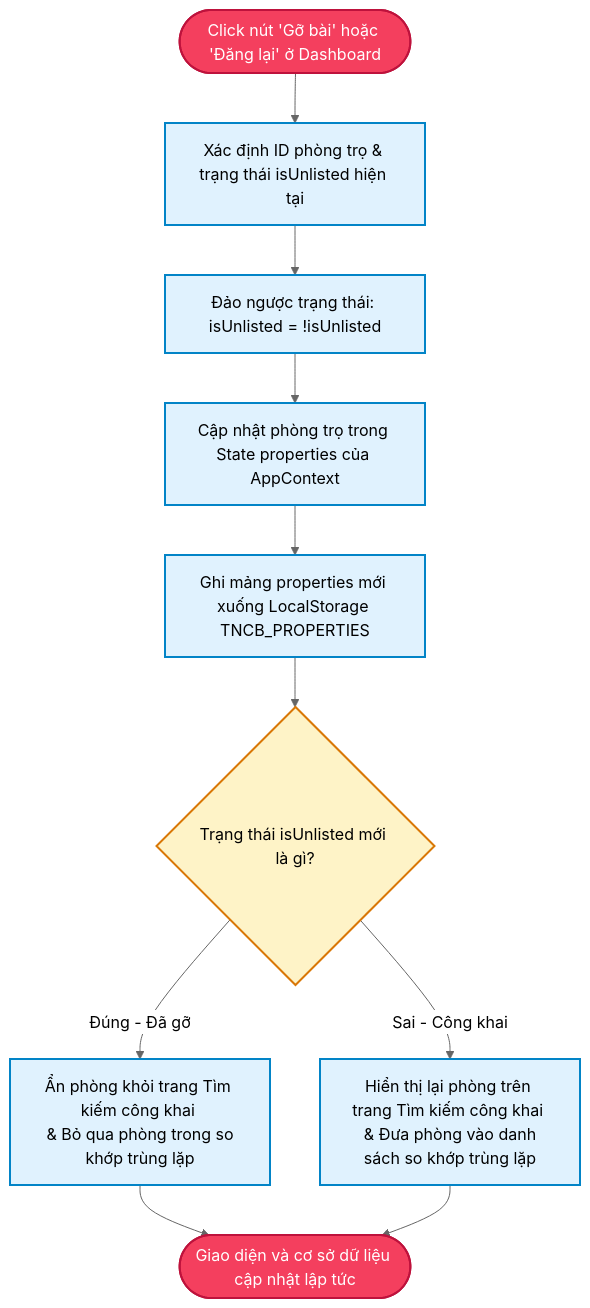
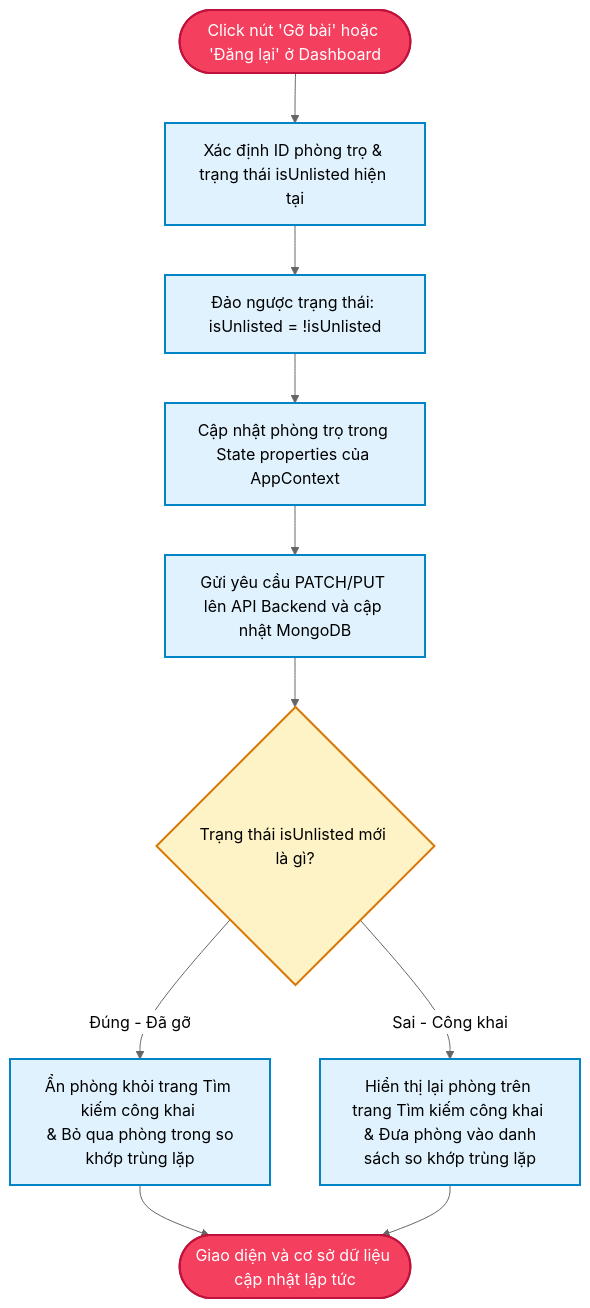
Before and after one commit to Spotlighterr/TNCB: the second of 5 diagrams in project_algorithms.md, drawn with Mermaid (neutral theme). The commit also changed other lines of this file and 3 other files, not shown here.

Commit message:
docs: update system architecture, algorithms, README, and deployment guide to document Google Sheets Sync and MongoDB integration

````diff
--- a/project_algorithms.md
+++ b/project_algorithms.md
@@ -68,31 +68,31 @@
 ```mermaid
 flowchart TD
     %% Styling
     classDef startEnd fill:#f43f5e,stroke:#be123c,stroke-width:2px,color:#fff;
     classDef process fill:#e0f2fe,stroke:#0284c7,stroke-width:2px;
     classDef decision fill:#fef3c7,stroke:#d97706,stroke-width:2px;
 
     %% Nodes
     Start([Click nút 'Gỡ bài' hoặc 'Đăng lại' ở Dashboard]):::startEnd
     GetProp[Xác định ID phòng trọ & trạng thái isUnlisted hiện tại]:::process
     ToggleUnlist[Đảo ngược trạng thái: isUnlisted = !isUnlisted]:::process
     UpdateContext[Cập nhật phòng trọ trong State properties của AppContext]:::process
-    WriteStorage[Ghi mảng properties mới xuống LocalStorage TNCB_PROPERTIES]:::process
+    WriteDB[Gửi yêu cầu PATCH/PUT lên API Backend và cập nhật MongoDB]:::process
     
     CheckUnlist{Trạng thái isUnlisted mới là gì?}:::decision
     HideProp[Ẩn phòng khỏi trang Tìm kiếm công khai <br> & Bỏ qua phòng trong so khớp trùng lặp]:::process
     ShowProp[Hiển thị lại phòng trên trang Tìm kiếm công khai <br> & Đưa phòng vào danh sách so khớp trùng lặp]:::process
     
     End([Giao diện và cơ sở dữ liệu cập nhật lập tức]):::startEnd
 
     %% Connections
     Start --> GetProp
     GetProp --> ToggleUnlist
     ToggleUnlist --> UpdateContext
-    UpdateContext --> WriteStorage
-    WriteStorage --> CheckUnlist
+    UpdateContext --> WriteDB
+    WriteDB --> CheckUnlist
     CheckUnlist -->|Đúng - Đã gỡ| HideProp
     CheckUnlist -->|Sai - Công khai| ShowProp
     HideProp --> End
     ShowProp --> End
 ```
````
